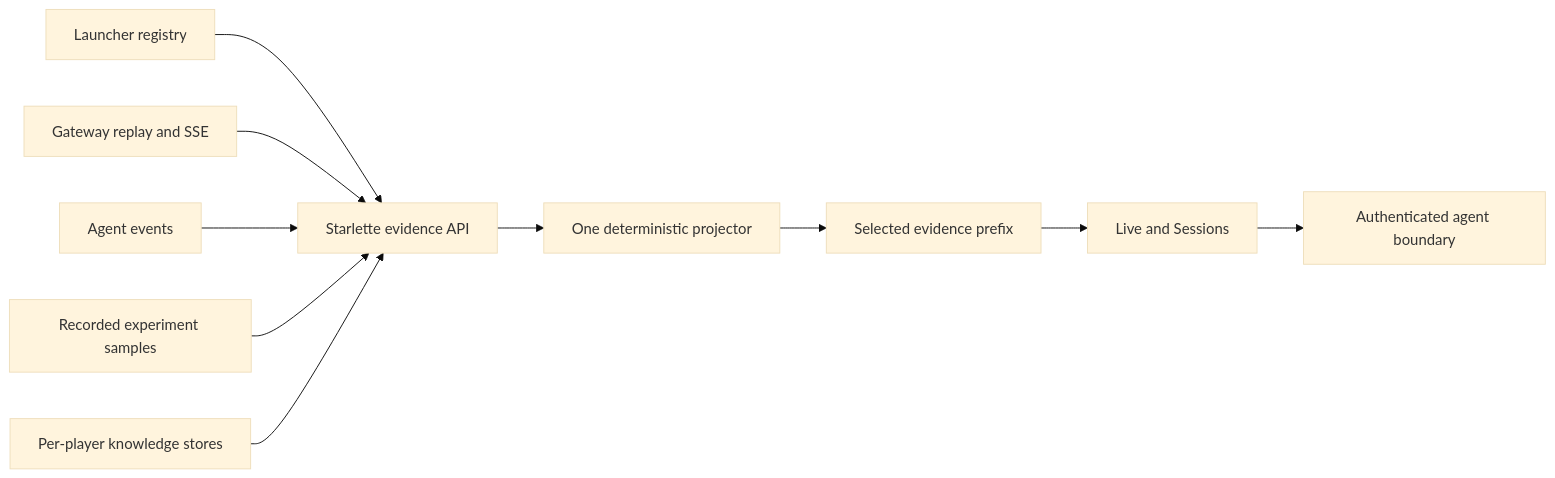
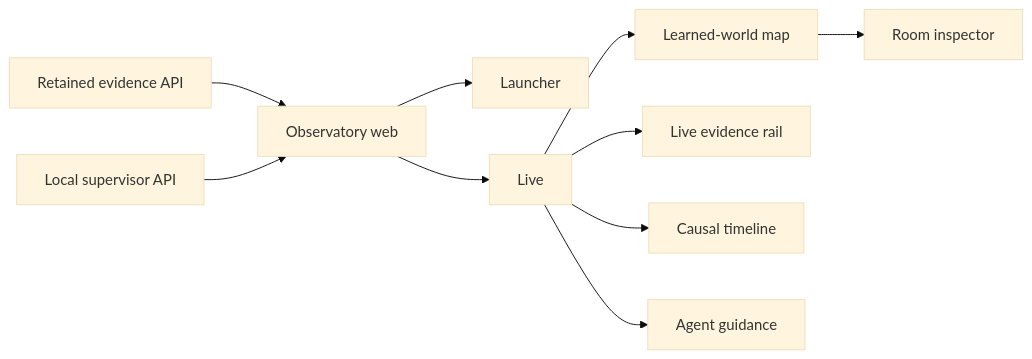
Before and after one commit to IbnouT/claude-code-camp-2026-Q2: the diagram in week2_capable/observatory/README.md, drawn with Mermaid (base theme). The commit also changed other lines of this file and 258 other files, not shown here.

Commit message:
Consolidate the Observatory into one backend and web tree

````diff
--- a/week2_capable/observatory/README.md
+++ b/week2_capable/observatory/README.md
@@ -8,12 +9,12 @@
 ```mermaid
 flowchart LR
-    R["Launcher registry"] --> A["Starlette evidence API"]
-    G["Gateway replay and SSE"] --> A
-    E["Agent events"] --> A
-    B["Recorded experiment samples"] --> A
-    K["Per-player knowledge stores"] --> A
-    A --> D["One deterministic projector"]
-    D --> W["Selected evidence prefix"]
-    W --> L["Live and Sessions"]
-    L --> C["Authenticated agent boundary"]
+    R["Retained evidence API"] --> W["Observatory web"]
+    S["Local supervisor API"] --> W
+    W --> L["Launcher"]
+    W --> V["Live"]
+    V --> M["Learned-world map"]
+    V --> E["Live evidence rail"]
+    V --> T["Causal timeline"]
+    V --> C["Agent guidance"]
+    M --> I["Room inspector"]
 ```
````
